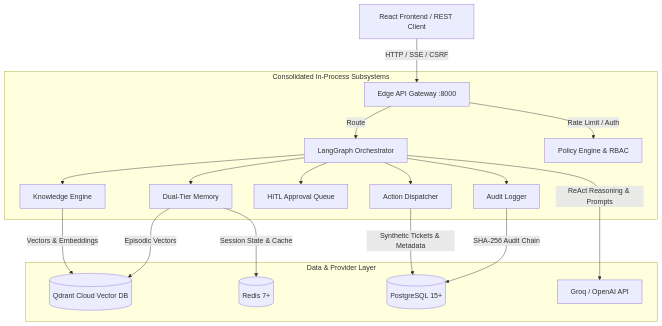
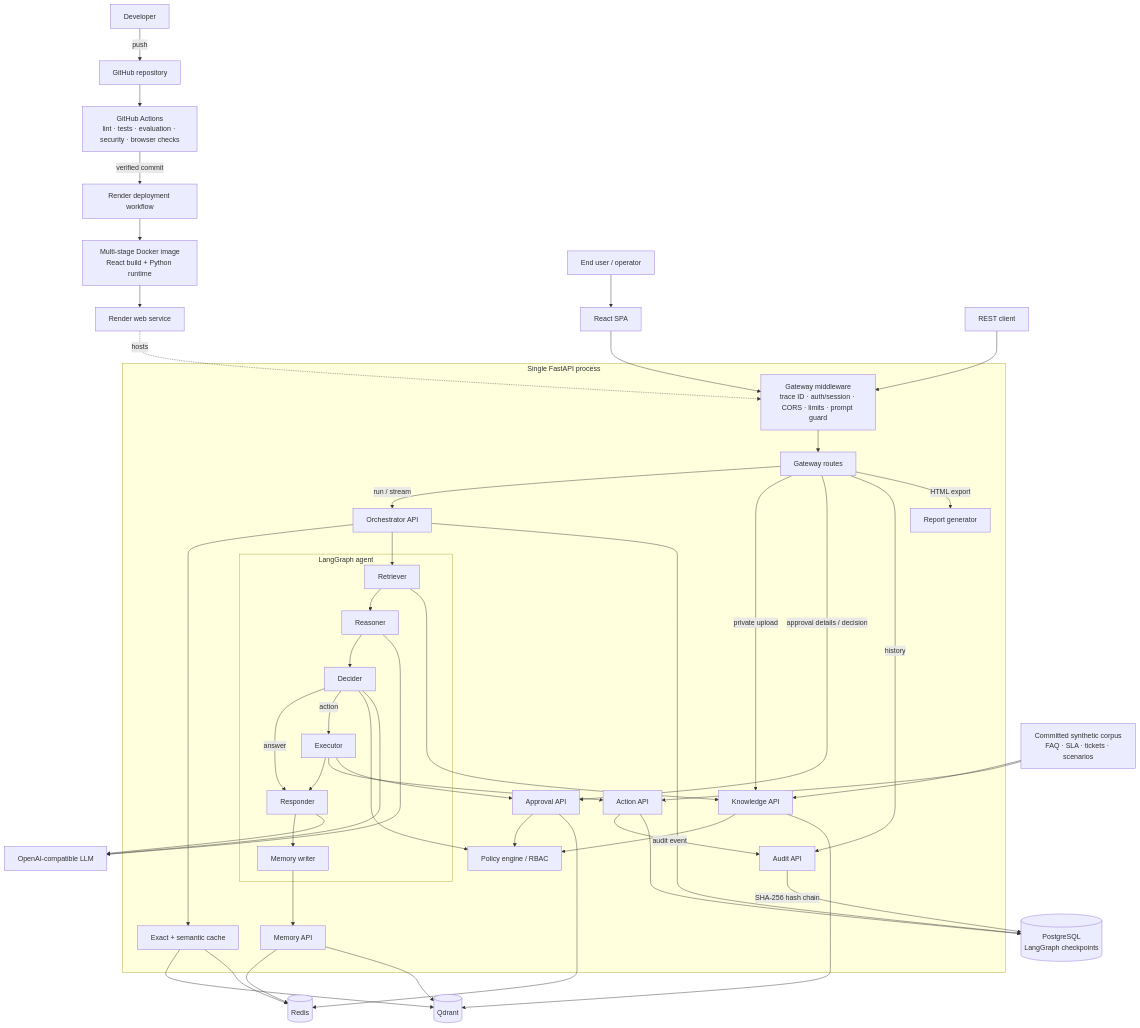
The first of 2 diagrams in README.md (JavithNaseem-J/KRAKEN), drawn with Mermaid before and after one commit. The commit also changed other lines of this file, not shown here.

Commit message:
docs: add system architecture diagrams

````diff
--- a/README.md
+++ b/README.md
@@ -29,23 +21,57 @@
 ```mermaid
-graph TD
-    Client[React Frontend / REST Client] -->|HTTP / SSE / CSRF| Gateway[Edge API Gateway :8000]
-    
-    subgraph KRAKEN Core [Consolidated In-Process Subsystems]
-        Gateway -->|Route| Orchestrator[LangGraph Orchestrator]
-        Gateway -->|Rate Limit / Auth| Safety[Policy Engine & RBAC]
-        Orchestrator --> Knowledge[Knowledge Engine]
-        Orchestrator --> Action[Action Dispatcher]
-        Orchestrator --> Approval[HITL Approval Queue]
-        Orchestrator --> Memory[Dual-Tier Memory]
-        Orchestrator --> Audit[Audit Logger]
+flowchart TB
+    Developer["Developer"] -->|push| GitHub["GitHub repository"]
+    GitHub --> CI["GitHub Actions<br/>lint · tests · evaluation · security · browser checks"]
+    CI -->|verified commit| Deploy["Render deployment workflow"]
+    Deploy --> Image["Multi-stage Docker image<br/>React build + Python runtime"]
+    Image --> Render["Render web service"]
+
+    User["End user / operator"] --> UI["React SPA"]
+    Client["REST client"] --> Edge
+    UI --> Edge
+
+    subgraph Runtime["Single FastAPI process"]
+        Edge["Gateway middleware<br/>trace ID · auth/session · CORS · limits · prompt guard"] --> Router["Gateway routes"]
+        Router -->|run / stream| Orchestrator["Orchestrator API"]
+        Router -->|private upload| Knowledge["Knowledge API"]
+        Router -->|approval details / decision| Approval["Approval API"]
+        Router -->|history| Audit["Audit API"]
+        Router -->|HTML export| Report["Report generator"]
+
+        Orchestrator --> Cache["Exact + semantic cache"]
+
+        subgraph Agent["LangGraph agent"]
+            Retriever --> Reasoner --> Decider
+            Decider -->|answer| Responder
+            Decider -->|action| Executor --> Responder
+            Responder --> MemoryWriter["Memory writer"]
+        end
+
+        Orchestrator --> Retriever
+        Retriever --> Knowledge
+        Executor --> Action["Action API"]
+        Executor --> Approval
+        MemoryWriter --> Memory["Memory API"]
+        Action -->|audit event| Audit
+        Decider --> Policy["Policy engine / RBAC"]
+        Approval --> Policy
+        Knowledge --> Policy
     end
 
-    subgraph Infrastructure [Data & Provider Layer]
-        Knowledge -->|Vectors & Embeddings| Qdrant[(Qdrant Cloud Vector DB)]
-        Memory -->|Episodic Vectors| Qdrant
-        Memory -->|Session State & Cache| Redis[(Redis 7+)]
-        Action -->|Synthetic Tickets & Metadata| Postgres[(PostgreSQL 15+)]
-        Audit -->|SHA-256 Audit Chain| Postgres
-        Orchestrator -->|ReAct Reasoning & Prompts| LLM[Groq / OpenAI API]
-    end
+    Render -. hosts .-> Edge
+
+    Reasoner --> LLM["OpenAI-compatible LLM"]
+    Decider --> LLM
+    Responder --> LLM
+    Knowledge --> Qdrant[("Qdrant")]
+    Cache --> Qdrant
+    Cache --> Redis[("Redis")]
+    Approval --> Redis
+    Memory --> Redis
+    Memory --> Qdrant
+    Orchestrator --> Postgres[("PostgreSQL<br/>LangGraph checkpoints")]
+    Action --> Postgres
+    Audit -->|SHA-256 hash chain| Postgres
+    Corpus["Committed synthetic corpus<br/>FAQ · SLA · tickets · scenarios"] --> Knowledge
+    Corpus --> Action
 ```
````
